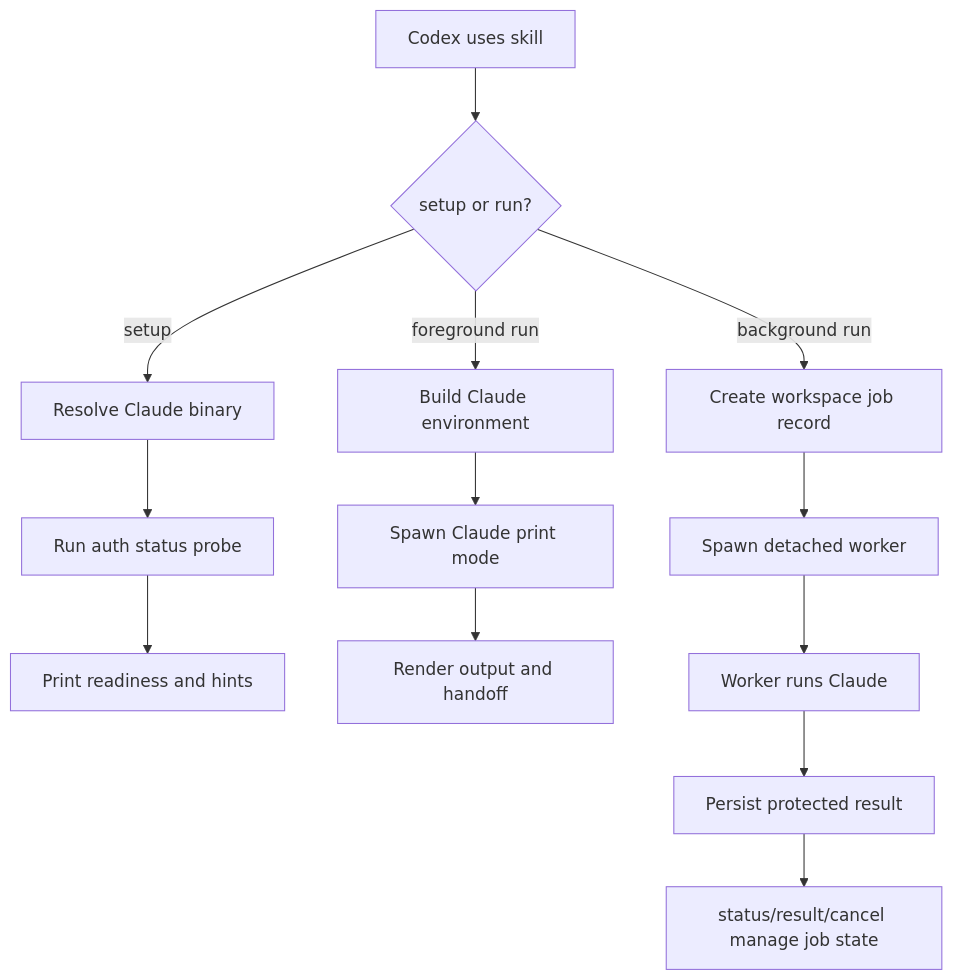
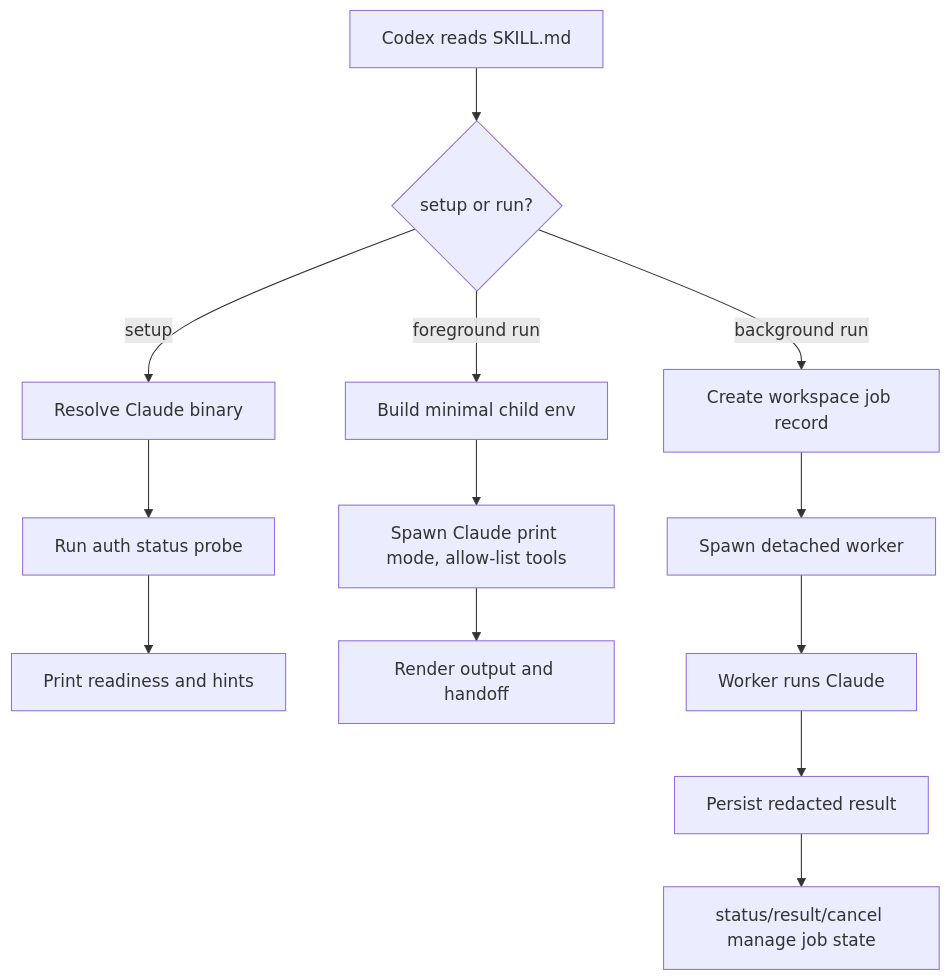
Before and after one commit to yujingz/use-claude-code-from-codex: the diagram in docs/plans/2026-06-17-001-feat-claude-from-codex-skill-plan.md, drawn with Mermaid. The commit also changed other lines of this file and 13 other files, not shown here.

First line of the commit message:
feat: add Claude from Codex skill

````diff
--- a/docs/plans/2026-06-17-001-feat-claude-from-codex-skill-plan.md
+++ b/docs/plans/2026-06-17-001-feat-claude-from-codex-skill-plan.md
@@ -75,15 +77,15 @@
 ```mermaid
 flowchart TB
-  A[Codex uses skill] --> B{setup or run?}
+  A[Codex reads SKILL.md] --> B{setup or run?}
   B -->|setup| C[Resolve Claude binary]
   C --> D[Run auth status probe]
   D --> E[Print readiness and hints]
-  B -->|foreground run| F[Build Claude environment]
-  F --> G[Spawn Claude print mode]
+  B -->|foreground run| F[Build minimal child env]
+  F --> G[Spawn Claude print mode, allow-list tools]
   G --> H[Render output and handoff]
   B -->|background run| I[Create workspace job record]
   I --> J[Spawn detached worker]
   J --> K[Worker runs Claude]
-  K --> L[Persist protected result]
+  K --> L[Persist redacted result]
   L --> M[status/result/cancel manage job state]
 ```
````
